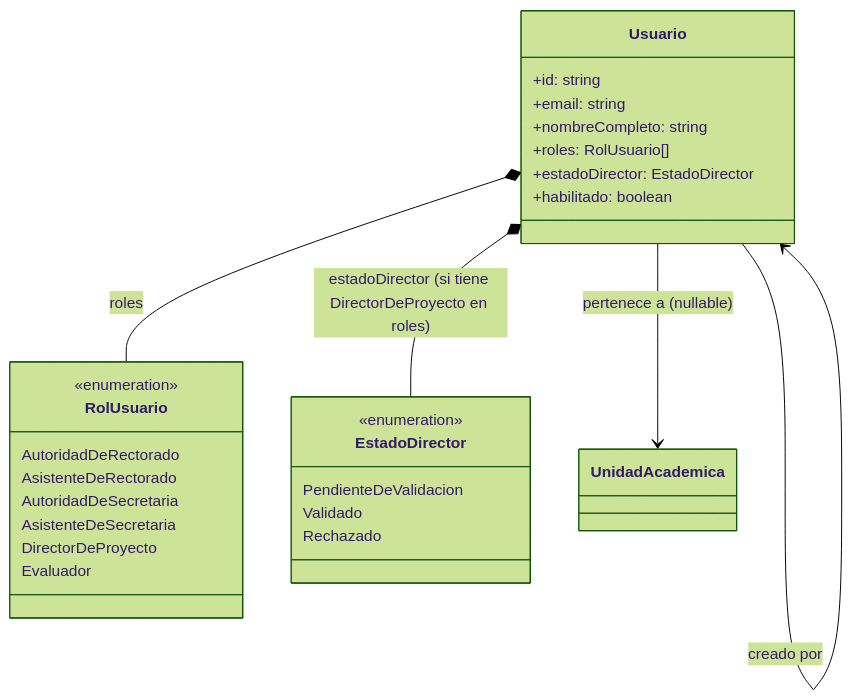
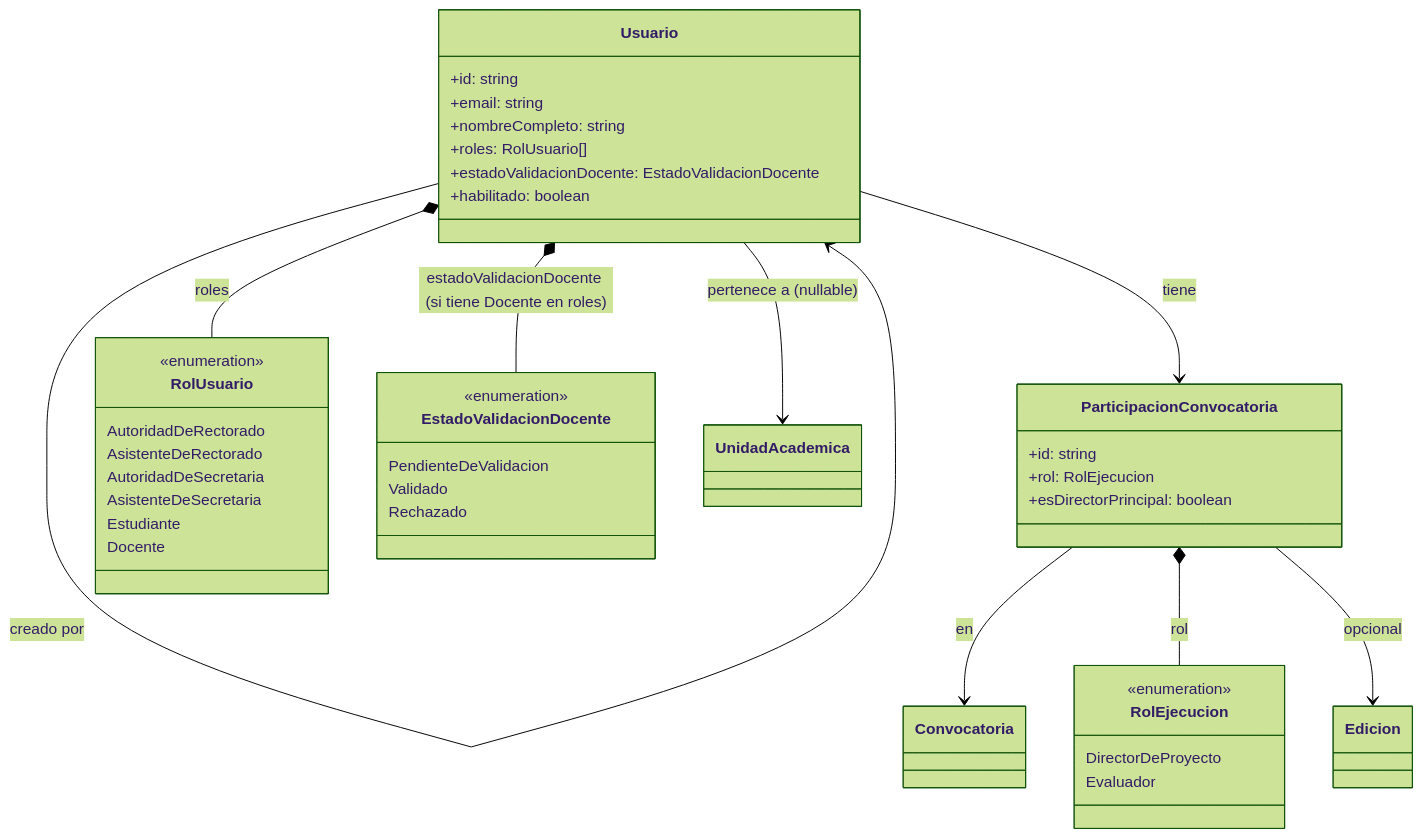
Before and after one commit to TPP-UBANEX/UBANEX: the fourth of 9 diagrams in docs/dominio/modelo.md, drawn with Mermaid (forest theme). The commit also changed other lines of this file, not shown here.

Commit message:
docs(roles): actualizar modelo de dominio con roles por convocatoria (etapa 13)

````diff
--- a/docs/dominio/modelo.md
+++ b/docs/dominio/modelo.md
@@ -281,33 +281,49 @@
 ```mermaid
 classDiagram
     class Usuario {
         +id: string
         +email: string
         +nombreCompleto: string
         +roles: RolUsuario[]
-        +estadoDirector: EstadoDirector
+        +estadoValidacionDocente: EstadoValidacionDocente
         +habilitado: boolean
+    }
+
+    class ParticipacionConvocatoria {
+        +id: string
+        +rol: RolEjecucion
+        +esDirectorPrincipal: boolean
     }
 
     class RolUsuario {
         <<enumeration>>
         AutoridadDeRectorado
         AsistenteDeRectorado
         AutoridadDeSecretaria
         AsistenteDeSecretaria
+        Estudiante
+        Docente
+    }
+
+    class RolEjecucion {
+        <<enumeration>>
         DirectorDeProyecto
         Evaluador
     }
 
-    class EstadoDirector {
+    class EstadoValidacionDocente {
         <<enumeration>>
         PendienteDeValidacion
         Validado
         Rechazado
     }
 
     Usuario *-- RolUsuario : roles
-    Usuario *-- EstadoDirector : estadoDirector (si tiene DirectorDeProyecto en roles)
+    Usuario *-- EstadoValidacionDocente : estadoValidacionDocente (si tiene Docente en roles)
     Usuario --> UnidadAcademica : pertenece a (nullable)
     Usuario --> Usuario : creado por
+    Usuario --> ParticipacionConvocatoria : tiene
+    ParticipacionConvocatoria --> Convocatoria : en
+    ParticipacionConvocatoria *-- RolEjecucion : rol
+    ParticipacionConvocatoria --> Edicion : opcional
 ```
````
